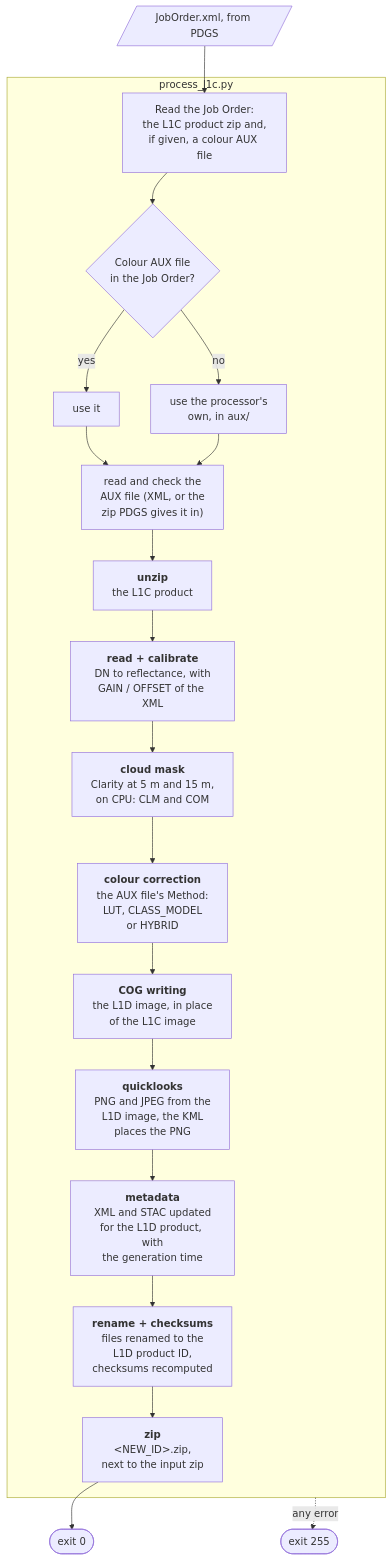
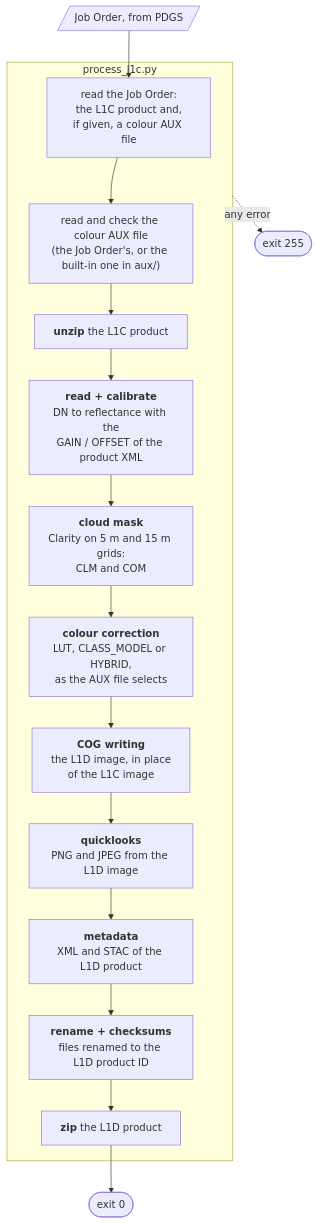
One commit to paramkaur10/iride_eaglet_L1D_processor changed the diagram in README.md. Above: the diagram before and after it, drawn with Mermaid. The commit also changed other lines of this file and 105 other files, not shown here.

````diff
--- a/README.md
+++ b/README.md
@@ -47,26 +41,19 @@
 ```mermaid
 flowchart TD
+    JO[/"Job Order, from PDGS"/] --> READ
     subgraph RUN["process_l1c.py"]
-        READ["Read the Job Order:<br/>the L1C product zip and,<br/>if given, a colour AUX file"]
-        READ --> HAS{"Colour AUX file<br/>in the Job Order?"}
-        HAS -->|yes| AUXJ["use it"]
-        HAS -->|no| AUXO["use the processor's<br/>own, in aux/"]
-        AUXJ --> CHECK
-        AUXO --> CHECK
-        CHECK["read and check the<br/>AUX file (XML, or the<br/>zip PDGS gives it in)"]
-        CHECK --> UNZIP
-        UNZIP["<b>unzip</b><br/>the L1C product"]
-        UNZIP --> CAL["<b>read + calibrate</b><br/>DN to reflectance, with<br/>GAIN / OFFSET of the XML"]
-        CAL --> CLOUD["<b>cloud mask</b><br/>Clarity at 5 m and 15 m,<br/>on CPU: CLM and COM"]
-        CLOUD --> COLOUR["<b>colour correction</b><br/>the AUX file's Method:<br/>LUT, CLASS_MODEL<br/>or HYBRID"]
+        READ["read the Job Order:<br/>the L1C product and,<br/>if given, a colour AUX file"]
+        READ --> AUX["read and check the colour AUX file<br/>(the Job Order's, or the built-in one in aux/)"]
+        AUX --> UNZIP["<b>unzip</b> the L1C product"]
+        UNZIP --> CAL["<b>read + calibrate</b><br/>DN to reflectance with the<br/>GAIN / OFFSET of the product XML"]
+        CAL --> CLOUD["<b>cloud mask</b><br/>Clarity on 5 m and 15 m grids:<br/>CLM and COM"]
+        CLOUD --> COLOUR["<b>colour correction</b><br/>LUT, CLASS_MODEL or HYBRID,<br/>as the AUX file selects"]
         COLOUR --> COG["<b>COG writing</b><br/>the L1D image, in place<br/>of the L1C image"]
-        COG --> QLK["<b>quicklooks</b><br/>PNG and JPEG from the<br/>L1D image, the KML<br/>places the PNG"]
-        QLK --> META["<b>metadata</b><br/>XML and STAC updated<br/>for the L1D product, with<br/>the generation time"]
-        META --> REN["<b>rename + checksums</b><br/>files renamed to the<br/>L1D product ID,<br/>checksums recomputed"]
-        REN --> ZIP["<b>zip</b><br/>#lt;NEW_ID#gt;.zip,<br/>next to the input zip"]
+        COG --> QLK["<b>quicklooks</b><br/>PNG and JPEG from the L1D image"]
+        QLK --> META["<b>metadata</b><br/>XML and STAC of the L1D product"]
+        META --> REN["<b>rename + checksums</b><br/>files renamed to the L1D product ID"]
+        REN --> ZIP["<b>zip</b> the L1D product"]
     end
-    JO[/"JobOrder.xml, from PDGS"/] --> READ
     ZIP --> OK(["exit 0"])
     RUN -.->|any error| KO(["exit 255"])
-    ZIP ~~~ KO
 ```
````
